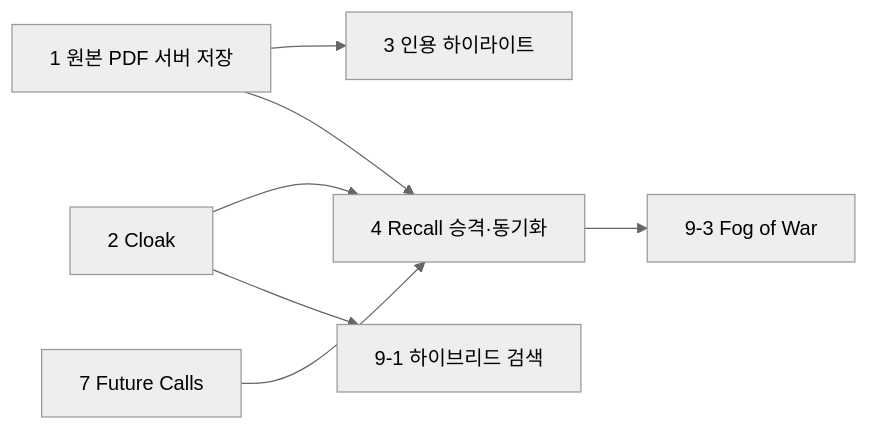
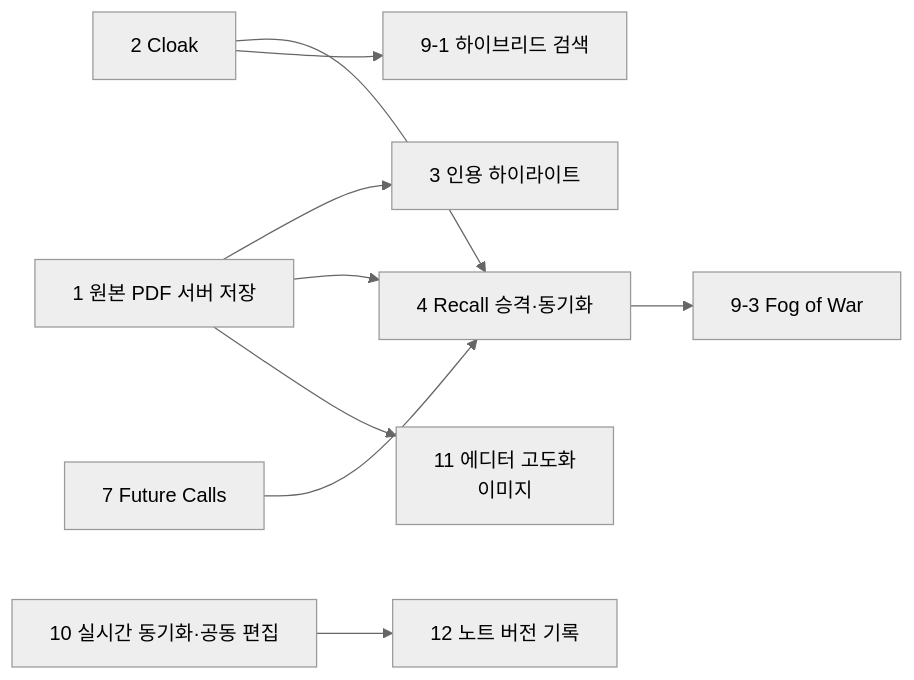
One commit to biyott/pageblink changed the diagram in docs/plan/005-follow-up-spec.md. Above: the diagram before and after it, drawn with Mermaid (neutral theme). The commit also changed other lines of this file and 14 other files, not shown here.

````diff
--- a/docs/plan/005-follow-up-spec.md
+++ b/docs/plan/005-follow-up-spec.md
@@ -229,9 +297,11 @@
 ```mermaid
 flowchart LR
   P1[1 원본 PDF 서버 저장] --> HL[3 인용 하이라이트]
   C[2 Cloak] --> R[4 Recall 승격·동기화]
   P1 --> R
   R --> F[9-3 Fog of War]
   FC[7 Future Calls] --> R
   C --> HY[9-1 하이브리드 검색]
+  N10[10 실시간 동기화·공동 편집] --> V12[12 노트 버전 기록]
+  P1 --> E11[11 에디터 고도화<br/>이미지]
 ```
````
